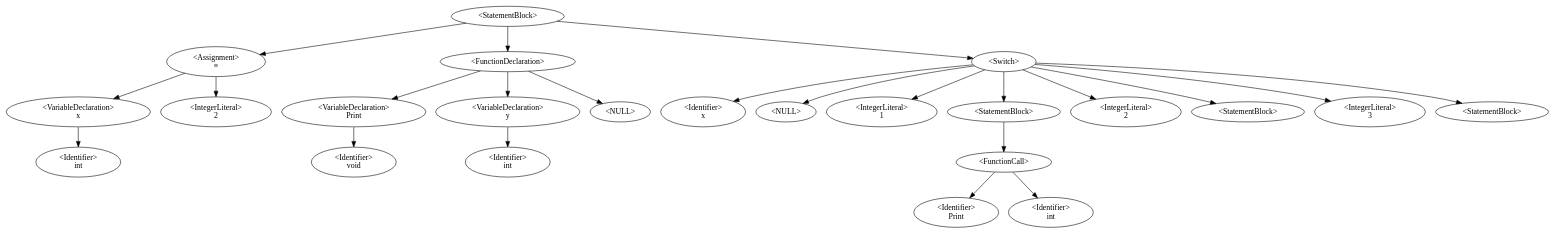
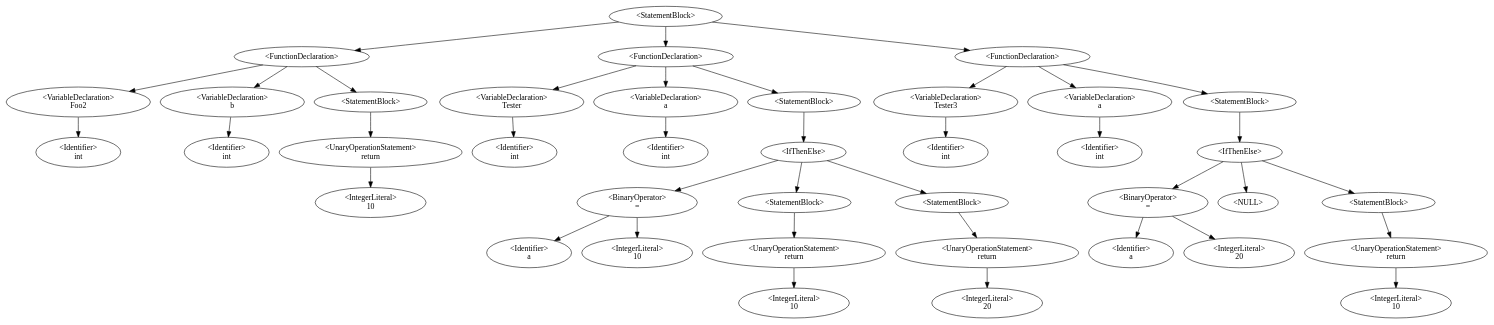
Before and after one commit to QazmoQwerty/dino: the diagram in Dino/Dino/AstDisplay.gv, drawn with Graphviz. The commit also changed 5 other files, not shown here.

```diff
--- a/Dino/Dino/AstDisplay.gv
+++ b/Dino/Dino/AstDisplay.gv
@@ -1,23 +1,40 @@
 digraph G {
-0 [label="<StatementBlock>"];0->3;0->7;0->10;
-3 [label="<Assignment>\n≡"];3->2;3->4;
-2 [label="<VariableDeclaration>\nx"];2->1;
+0 [label="<StatementBlock>"];0->3;0->11;0->27;
+3 [label="<FunctionDeclaration>\n"];3->2;3->5;3->6;
+2 [label="<VariableDeclaration>\nFoo2"];2->1;
 1 [label="<Identifier>\nint"];
-4 [label="<IntegerLiteral>\n2"];
-7 [label="<FunctionDeclaration>\n"];7->6;7->9;7->-1;-1 [label="<NULL>"];
-6 [label="<VariableDeclaration>\nPrint"];6->5;
-5 [label="<Identifier>\nvoid"];
-9 [label="<VariableDeclaration>\ny"];9->8;
-8 [label="<Identifier>\nint"];
-10 [label="<Switch>"];10->11;10->-2;-2 [label="<NULL>"];10->12;10->13;10->17;10->18;10->19;10->20;
-11 [label="<Identifier>\nx"];
-12 [label="<IntegerLiteral>\n1"];
-13 [label="<StatementBlock>"];13->15;
-15 [label="<FunctionCall>\n"];15->14;15->16;
-14 [label="<Identifier>\nPrint"];
-16 [label="<Identifier>\nint"];
-17 [label="<IntegerLiteral>\n2"];
-18 [label="<StatementBlock>"];
-19 [label="<IntegerLiteral>\n3"];
-20 [label="<StatementBlock>"];
+5 [label="<VariableDeclaration>\nb"];5->4;
+4 [label="<Identifier>\nint"];
+6 [label="<StatementBlock>"];6->7;
+7 [label="<UnaryOperationStatement>\nreturn"];7->8;
+8 [label="<IntegerLiteral>\n10"];
+11 [label="<FunctionDeclaration>\n"];11->10;11->13;11->14;
+10 [label="<VariableDeclaration>\nTester"];10->9;
+9 [label="<Identifier>\nint"];
+13 [label="<VariableDeclaration>\na"];13->12;
+12 [label="<Identifier>\nint"];
+14 [label="<StatementBlock>"];14->15;
+15 [label="<IfThenElse>"];15->17;15->19;15->22;
+17 [label="<BinaryOperator>\n="];17->16;17->18;
+16 [label="<Identifier>\na"];
+18 [label="<IntegerLiteral>\n10"];
+19 [label="<StatementBlock>"];19->20;
+20 [label="<UnaryOperationStatement>\nreturn"];20->21;
+21 [label="<IntegerLiteral>\n10"];
+22 [label="<StatementBlock>"];22->23;
+23 [label="<UnaryOperationStatement>\nreturn"];23->24;
+24 [label="<IntegerLiteral>\n20"];
+27 [label="<FunctionDeclaration>\n"];27->26;27->29;27->30;
+26 [label="<VariableDeclaration>\nTester3"];26->25;
+25 [label="<Identifier>\nint"];
+29 [label="<VariableDeclaration>\na"];29->28;
+28 [label="<Identifier>\nint"];
+30 [label="<StatementBlock>"];30->31;
+31 [label="<IfThenElse>"];31->33;31->-1;-1 [label="<NULL>"];31->35;
+33 [label="<BinaryOperator>\n="];33->32;33->34;
+32 [label="<Identifier>\na"];
+34 [label="<IntegerLiteral>\n20"];
+35 [label="<StatementBlock>"];35->36;
+36 [label="<UnaryOperationStatement>\nreturn"];36->37;
+37 [label="<IntegerLiteral>\n10"];
 }
```
